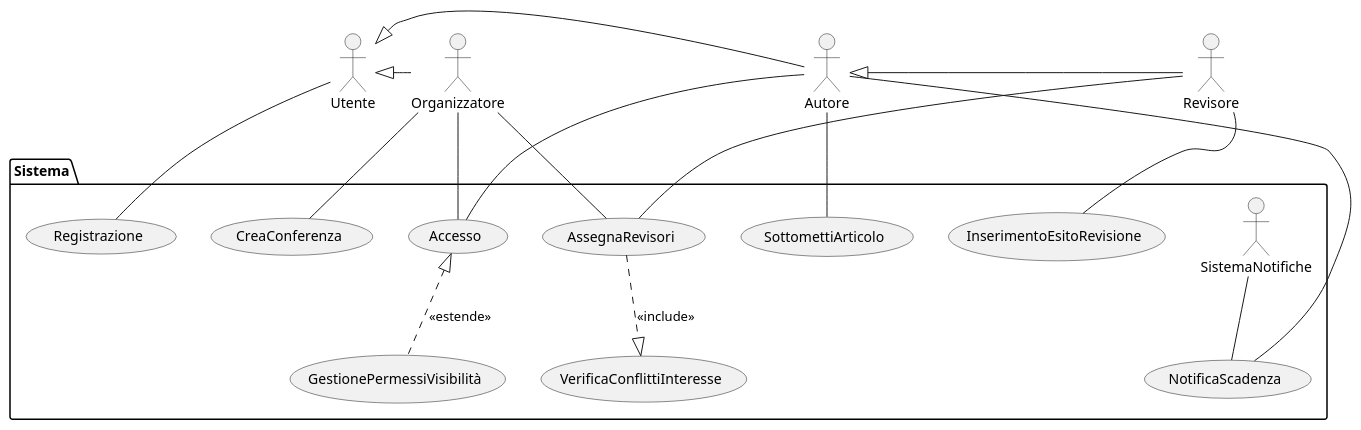
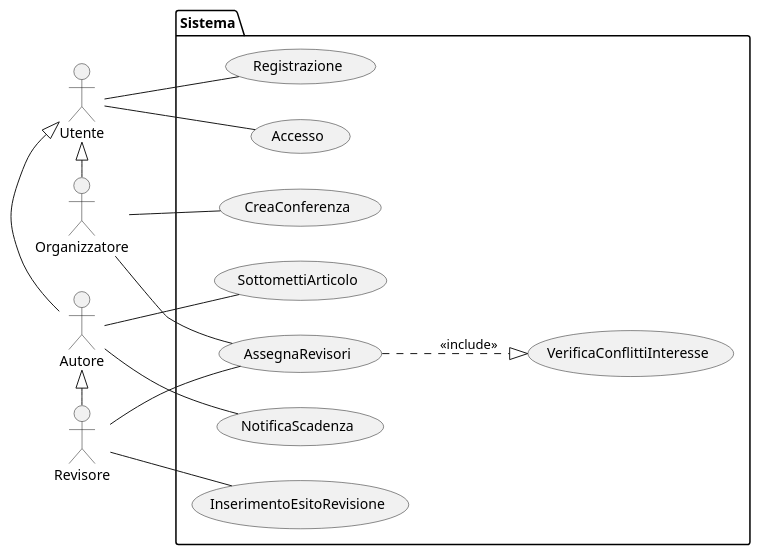
One commit to Air4x/Progetto_ISW changed the diagram in VisualParadigm/diagramma_uso.puml. Above: the diagram before and after it, drawn with PlantUML.

Commit message:
fix: Cambiata direzione diagramma casi d'uso

```diff
--- a/VisualParadigm/diagramma_uso.puml
+++ b/VisualParadigm/diagramma_uso.puml
@@ -1,38 +1,34 @@
 @startuml
+left to right direction
 actor Utente
 actor Autore
 actor Organizzatore
 actor Revisore
 
 package Sistema {
-	actor SistemaNotifiche
 	usecase Registrazione
 	usecase Accesso
 	usecase CreaConferenza
 	usecase SottomettiArticolo
 	usecase AssegnaRevisori
 	usecase NotificaScadenza
 	usecase InserimentoEsitoRevisione
 	usecase VerificaConflittiInteresse
-	usecase GestionePermessiVisibilità
 }
 
 'Definizione ereditarietà tra ruoli
 Utente <|- Autore
 Utente <|- Organizzatore
 Autore <|- Revisore
 'Definizione interazione Usecase <-> Attori
 Utente -- Registrazione
-Autore -- Accesso
-Organizzatore -- Accesso
-Accesso <|.. GestionePermessiVisibilità: <<estende>>
+Utente -- Accesso
 Autore -- SottomettiArticolo
 Organizzatore -- CreaConferenza
 Organizzatore -- AssegnaRevisori
-AssegnaRevisori -- Revisore
+AssegnaRevisori -r- Revisore
 Revisore -- InserimentoEsitoRevisione
 AssegnaRevisori ..|> VerificaConflittiInteresse: <<include>>
-SistemaNotifiche -- NotificaScadenza
 NotificaScadenza -- Autore
 
 @enduml
```
